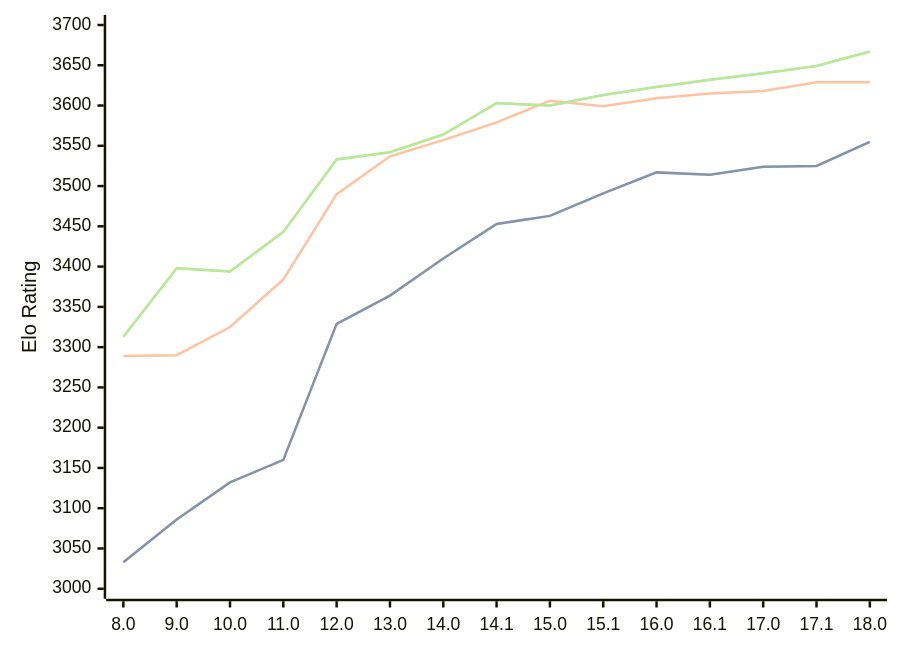
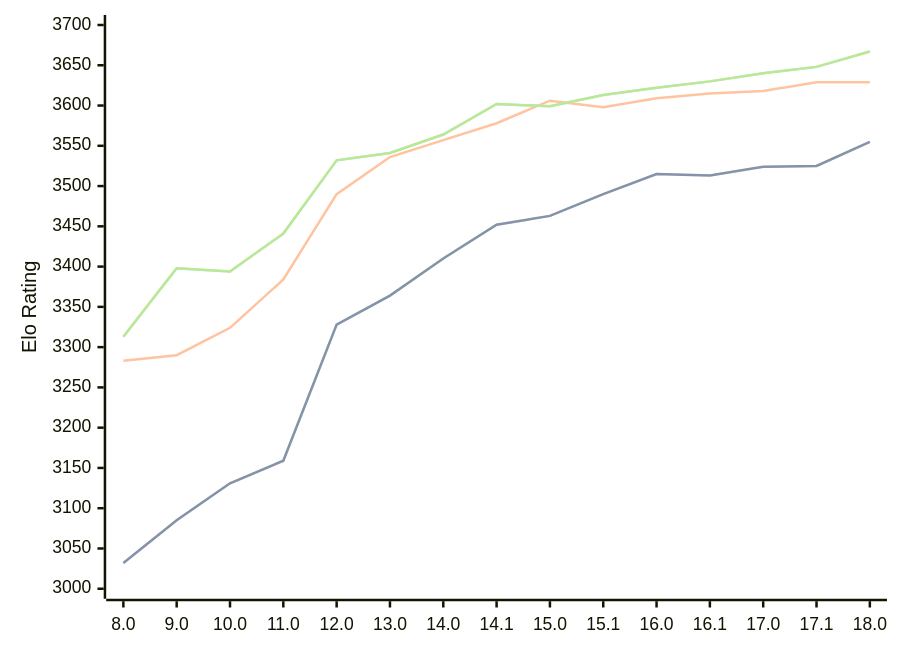
Before and after one commit to computer-chess-index/cci: the diagram in engines/Stockfish.md, drawn with Mermaid. The commit also changed other lines of this file, not shown here.

Commit message:
Update CCI Ratings (ELO VLTC) - 2026-03-04

````diff
--- a/engines/Stockfish.md
+++ b/engines/Stockfish.md
@@ -44,11 +44,11 @@
 ```mermaid
 %%{init: {"theme":"base","themeVariables":{"seriesColors:['#a3a3a3','#222221','#faa371']}}}%%
 xychart-beta
   x-axis ["8.0", "9.0", "10.0", "11.0", "12.0", "13.0", "14.0", "14.1", "15.0", "15.1", "16.0", "16.1", "17.0", "17.1", "18.0"]
   y-axis "Elo Rating" 3000 --> 3700
-  line "STC (8.0+0.08s)" [3033, 3086, 3132, 3160, 3329, 3364, 3410, 3453, 3463, 3491, 3517, 3514, 3524, 3525, 3555]
-  line "STC (8.0+0.08s)" [3033, 3086, 3132, 3160, 3329, 3364, 3410, 3453, 3463, 3491, 3517, 3514, 3524, 3525, 3555]
-  line "LTC (60.0+0.60s)" [3289, 3290, 3325, 3384, 3490, 3537, 3557, 3579, 3606, 3599, 3609, 3615, 3618, 3629, 3629]
-  line "VLTC (2m24s+1.12s)" [3313, 3398, 3394, 3443, 3533, 3542, 3564, 3603, 3600, 3613, 3623, 3632, 3640, 3649, 3667]
-  line "VLTC (2m24s+1.12s)" [3313, 3398, 3394, 3443, 3533, 3542, 3564, 3603, 3600, 3613, 3623, 3632, 3640, 3649, 3667]
+  line "STC (8.0+0.08s)" [3032, 3085, 3131, 3159, 3328, 3364, 3410, 3452, 3463, 3490, 3515, 3513, 3524, 3525, 3555]
+  line "STC (8.0+0.08s)" [3032, 3085, 3131, 3159, 3328, 3364, 3410, 3452, 3463, 3490, 3515, 3513, 3524, 3525, 3555]
+  line "LTC (60.0+0.60s)" [3283, 3290, 3324, 3384, 3490, 3536, 3557, 3578, 3606, 3598, 3609, 3615, 3618, 3629, 3629]
+  line "VLTC (2m24s+1.12s)" [3313, 3398, 3394, 3441, 3532, 3541, 3564, 3602, 3599, 3613, 3622, 3630, 3640, 3648, 3667]
+  line "VLTC (2m24s+1.12s)" [3313, 3398, 3394, 3441, 3532, 3541, 3564, 3602, 3599, 3613, 3622, 3630, 3640, 3648, 3667]
 ```
````
